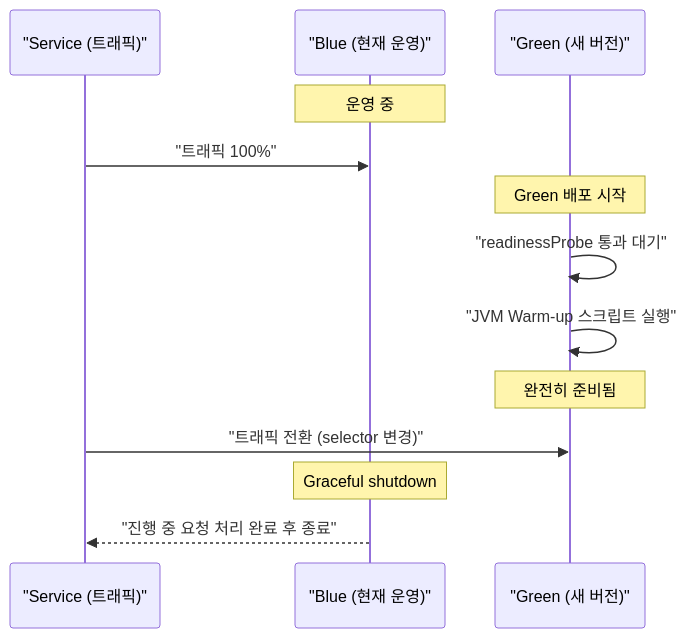
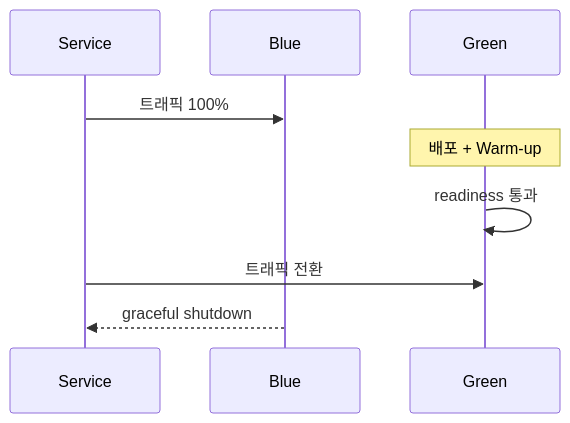
Before and after one commit to yjkim2015/yjkim2015.github.io: the fourth of 5 diagrams in _posts/cloud/2026-05-02-kubernetes-cold-start.md, drawn with Mermaid. The commit also changed other lines of this file and 155 other files, not shown here.

First line of the commit message:
Mermaid 전면 수정: subgraph 제거, participant/노드/줄수 축소 (342블록)

````diff
--- a/_posts/cloud/2026-05-02-kubernetes-cold-start.md
+++ b/_posts/cloud/2026-05-02-kubernetes-cold-start.md
@@ -444,15 +441,11 @@
 ```mermaid
 sequenceDiagram
-    participant S as "Service (트래픽)"
-    participant B as "Blue (현재 운영)"
-    participant G as "Green (새 버전)"
-    Note over B: 운영 중
-    S->>B: "트래픽 100%"
-    Note over G: Green 배포 시작
-    G->>G: "readinessProbe 통과 대기"
-    G->>G: "JVM Warm-up 스크립트 실행"
-    Note over G: 완전히 준비됨
-    S->>G: "트래픽 전환 (selector 변경)"
-    Note over B: Graceful shutdown
-    B-->>S: "진행 중 요청 처리 완료 후 종료"
+    participant S as Service
+    participant B as Blue
+    participant G as Green
+    S->>B: 트래픽 100%
+    Note over G: 배포 + Warm-up
+    G->>G: readiness 통과
+    S->>G: 트래픽 전환
+    B-->>S: graceful shutdown
 ```
````
